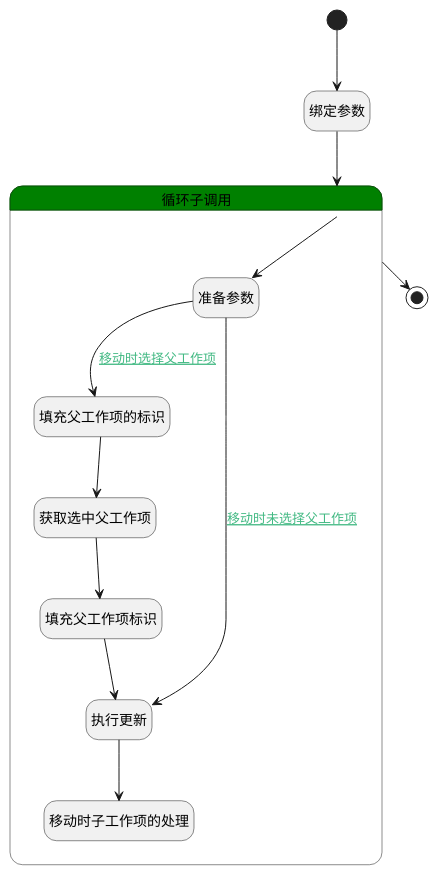
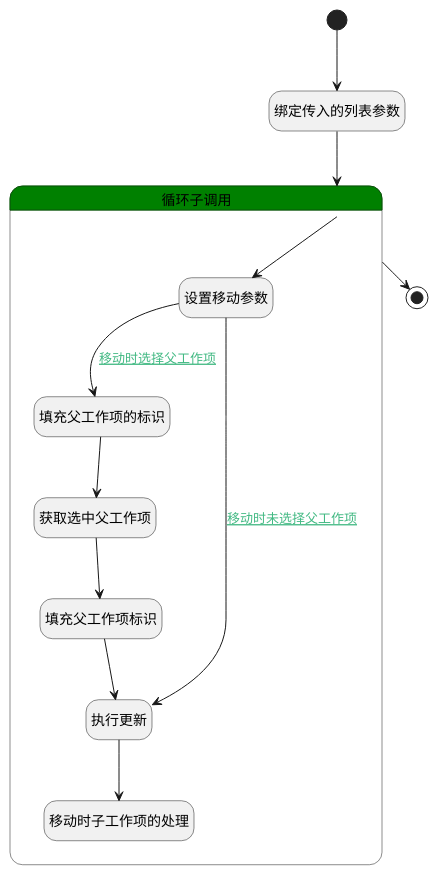
Before and after one commit to iBizLab/plm: the diagram in doc/docsify/module/ProjMgmt/work_item/logic/move_work_item.md, drawn with PlantUML. The commit also changed other lines of this file and 2688 other files, not shown here.

````diff
--- a/doc/docsify/module/ProjMgmt/work_item/logic/move_work_item.md
+++ b/doc/docsify/module/ProjMgmt/work_item/logic/move_work_item.md
@@ -7,37 +7,37 @@
 ```plantuml
 @startuml
 hide empty description
 <style>
 root {
   HyperlinkColor #42b983
 }
 </style>
 
 hide empty description
 state "开始" as Begin <<start>> [[$./move_work_item#begin {"开始"}]]
-state "绑定参数" as BINDPARAM1  [[$./move_work_item#bindparam1 {"绑定参数"}]]
+state "绑定传入的列表参数" as BINDPARAM1  [[$./move_work_item#bindparam1 {"绑定传入的列表参数"}]]
 state "结束" as END1 <<end>> [[$./move_work_item#end1 {"结束"}]]
 state "循环子调用" as LOOPSUBCALL1  [[$./move_work_item#loopsubcall1 {"循环子调用"}]] #green {
-state "准备参数" as PREPAREPARAM3  [[$./move_work_item#prepareparam3 {"准备参数"}]]
+state "设置移动参数" as PREPAREPARAM3  [[$./move_work_item#prepareparam3 {"设置移动参数"}]]
 state "填充父工作项的标识" as PREPAREPARAM5  [[$./move_work_item#prepareparam5 {"填充父工作项的标识"}]]
 state "获取选中父工作项" as DEACTION2  [[$./move_work_item#deaction2 {"获取选中父工作项"}]]
 state "填充父工作项标识" as PREPAREPARAM2  [[$./move_work_item#prepareparam2 {"填充父工作项标识"}]]
 state "执行更新" as DEACTION1  [[$./move_work_item#deaction1 {"执行更新"}]]
 state "移动时子工作项的处理" as DELOGIC1  [[$./move_work_item#delogic1 {"移动时子工作项的处理"}]]
 }
 
 
 Begin --> BINDPARAM1
 BINDPARAM1 --> LOOPSUBCALL1
 LOOPSUBCALL1 --> PREPAREPARAM3
 PREPAREPARAM3 --> DEACTION1 : [[$./move_work_item#prepareparam3-deaction1{移动时未选择父工作项} 移动时未选择父工作项]]
 DEACTION1 --> DELOGIC1
 PREPAREPARAM3 --> PREPAREPARAM5 : [[$./move_work_item#prepareparam3-prepareparam5{移动时选择父工作项} 移动时选择父工作项]]
 PREPAREPARAM5 --> DEACTION2
 DEACTION2 --> PREPAREPARAM2
 PREPAREPARAM2 --> DEACTION1
 LOOPSUBCALL1 --> END1
 
 
 @enduml
 ```
````
